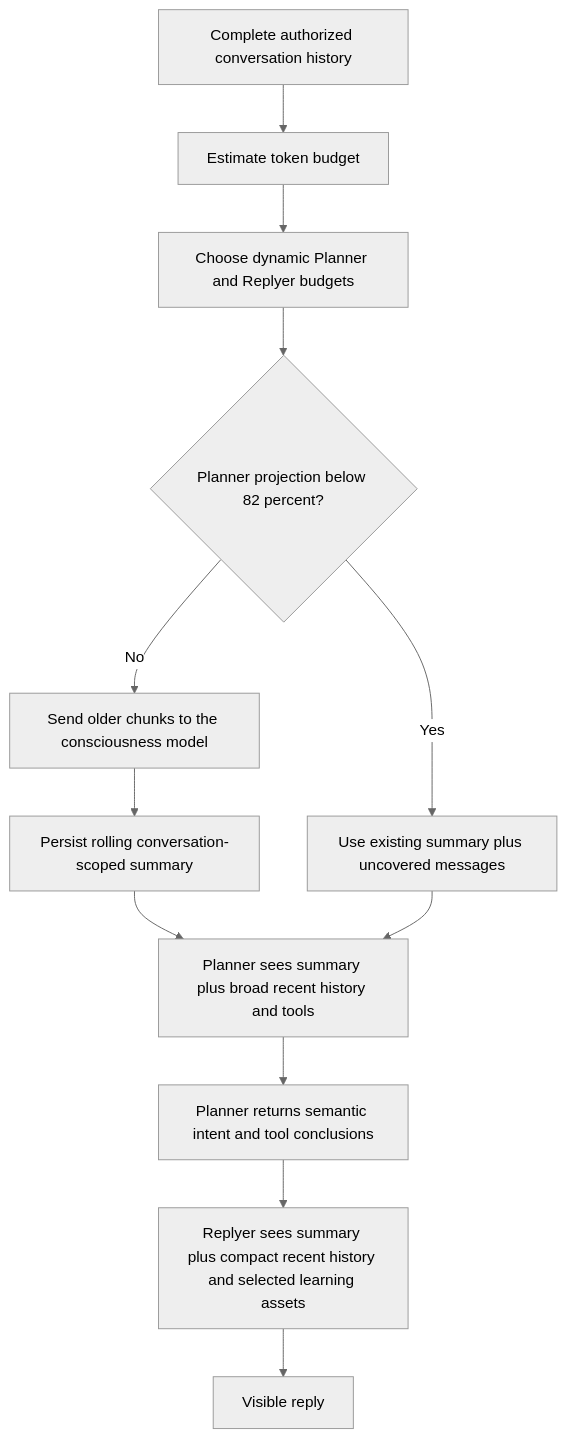
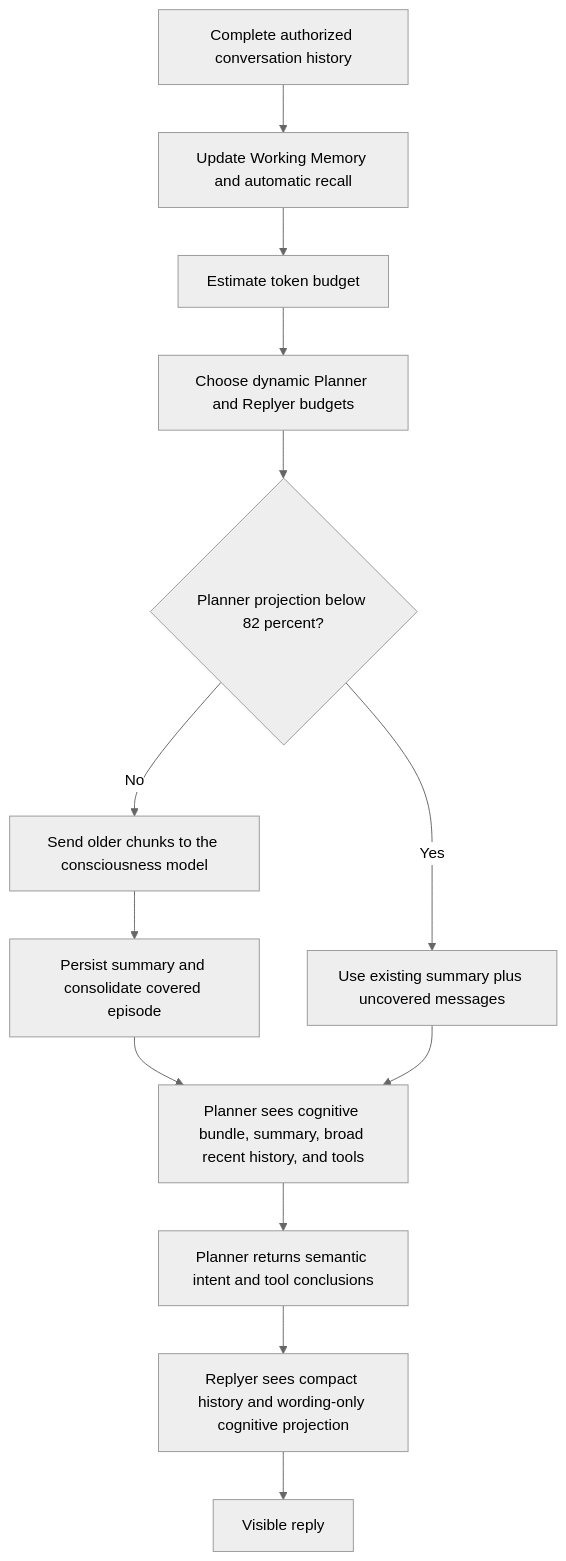
The diagram in docs/lumi/context-continuity.md (abcdi000/airi), drawn with Mermaid (neutral theme) before and after one commit. The commit also changed other lines of this file and 16 other files, not shown here.

Commit message:
feat(lumi): scale cognitive memory retrieval

````diff
--- a/docs/lumi/context-continuity.md
+++ b/docs/lumi/context-continuity.md
@@ -41,14 +64,15 @@
 ```mermaid
 flowchart TD
-  A[Complete authorized conversation history] --> B[Estimate token budget]
-  B --> C[Choose dynamic Planner and Replyer budgets]
-  C --> D{Planner projection below 82 percent?}
-  D -->|Yes| E[Use existing summary plus uncovered messages]
-  D -->|No| F[Send older chunks to the consciousness model]
-  F --> G[Persist rolling conversation-scoped summary]
-  G --> H[Planner sees summary plus broad recent history and tools]
-  E --> H
-  H --> I[Planner returns semantic intent and tool conclusions]
-  I --> J[Replyer sees summary plus compact recent history and selected learning assets]
-  J --> K[Visible reply]
+  A[Complete authorized conversation history] --> B[Update Working Memory and automatic recall]
+  B --> C[Estimate token budget]
+  C --> D[Choose dynamic Planner and Replyer budgets]
+  D --> E{Planner projection below 82 percent?}
+  E -->|Yes| F[Use existing summary plus uncovered messages]
+  E -->|No| G[Send older chunks to the consciousness model]
+  G --> H[Persist summary and consolidate covered episode]
+  H --> I[Planner sees cognitive bundle, summary, broad recent history, and tools]
+  F --> I
+  I --> J[Planner returns semantic intent and tool conclusions]
+  J --> K[Replyer sees compact history and wording-only cognitive projection]
+  K --> L[Visible reply]
 ```
````
